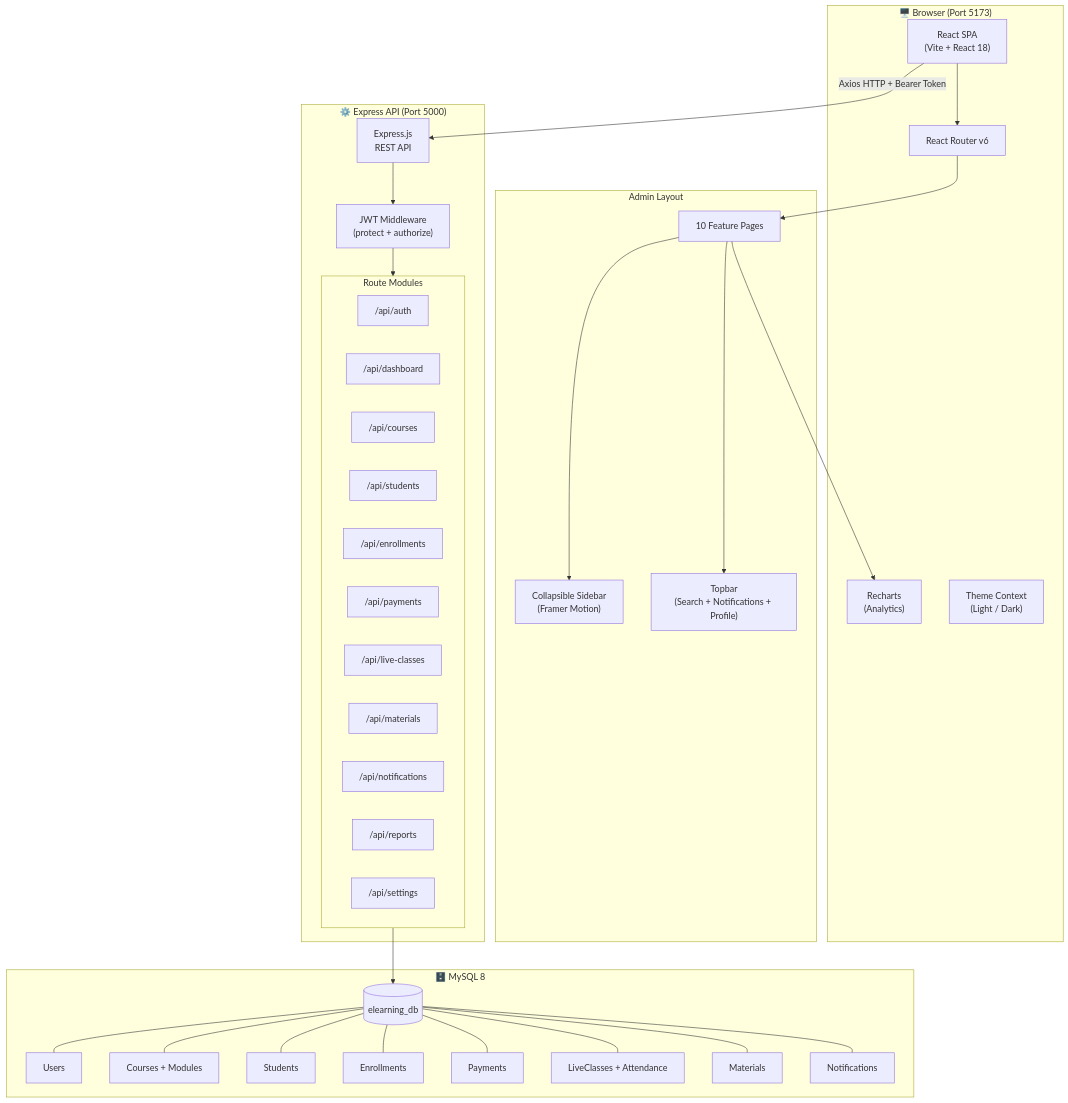
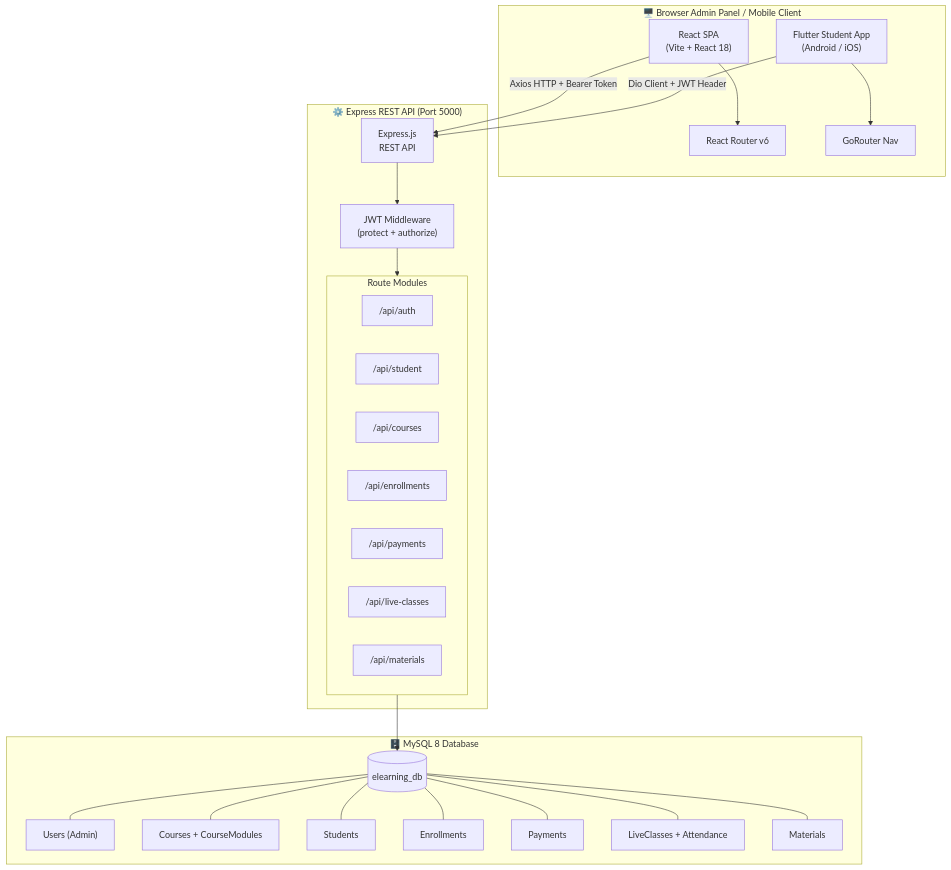
One commit to Vinothkumar0311/e-learning changed the first of 7 diagrams in README.md. Above: the diagram before and after it, drawn with Mermaid. The commit also changed other lines of this file and 33 other files, not shown here.

````diff
--- a/README.md
+++ b/README.md
@@ -184,60 +148,48 @@
 ```mermaid
 flowchart TB
-    subgraph Client ["🖥️ Browser (Port 5173)"]
+    subgraph Client ["🖥️ Browser Admin Panel / Mobile Client"]
         FE["React SPA\n(Vite + React 18)"]
+        MOBILE["Flutter Student App\n(Android / iOS)"]
         ROUTER["React Router v6"]
-        CHARTS["Recharts\n(Analytics)"]
-        THEME["Theme Context\n(Light / Dark)"]
+        GOROUTER["GoRouter Nav"]
     end
 
-    subgraph Frontend_Layout ["Admin Layout"]
-        SIDEBAR["Collapsible Sidebar\n(Framer Motion)"]
-        TOPBAR["Topbar\n(Search + Notifications + Profile)"]
-        PAGES["10 Feature Pages"]
-    end
-
-    subgraph Backend ["⚙️ Express API (Port 5000)"]
+    subgraph Backend ["⚙️ Express REST API (Port 5000)"]
         API["Express.js\nREST API"]
         JWT_MW["JWT Middleware\n(protect + authorize)"]
 
         subgraph Routes ["Route Modules"]
             R_AUTH["/api/auth"]
-            R_DASH["/api/dashboard"]
+            R_STUDENT_API["/api/student"]
             R_COURSES["/api/courses"]
-            R_STUDENTS["/api/students"]
             R_ENROLL["/api/enrollments"]
             R_PAY["/api/payments"]
             R_LIVE["/api/live-classes"]
             R_MAT["/api/materials"]
-            R_NOTIF["/api/notifications"]
-            R_REPORTS["/api/reports"]
-            R_SETTINGS["/api/settings"]
         end
     end
 
-    subgraph Database ["🗄️ MySQL 8"]
+    subgraph Database ["🗄️ MySQL 8 Database"]
         DB[("elearning_db")]
-        M_USER["Users"]
-        M_COURSE["Courses + Modules"]
+        M_USER["Users (Admin)"]
+        M_COURSE["Courses + CourseModules"]
         M_STUDENT["Students"]
         M_ENROLL["Enrollments"]
         M_PAY["Payments"]
         M_LIVE["LiveClasses + Attendance"]
         M_MAT["Materials"]
-        M_NOTIF["Notifications"]
     end
 
     FE --> ROUTER
-    ROUTER --> PAGES
-    PAGES --> SIDEBAR
-    PAGES --> TOPBAR
-    PAGES --> CHARTS
-
+    MOBILE --> GOROUTER
+    
     FE -->|"Axios HTTP + Bearer Token"| API
+    MOBILE -->|"Dio Client + JWT Header"| API
+    
     API --> JWT_MW --> Routes
-
     Routes --> DB
+    
     DB --- M_USER & M_COURSE & M_STUDENT
     DB --- M_ENROLL & M_PAY & M_LIVE
-    DB --- M_MAT & M_NOTIF
+    DB --- M_MAT
 ```
````
